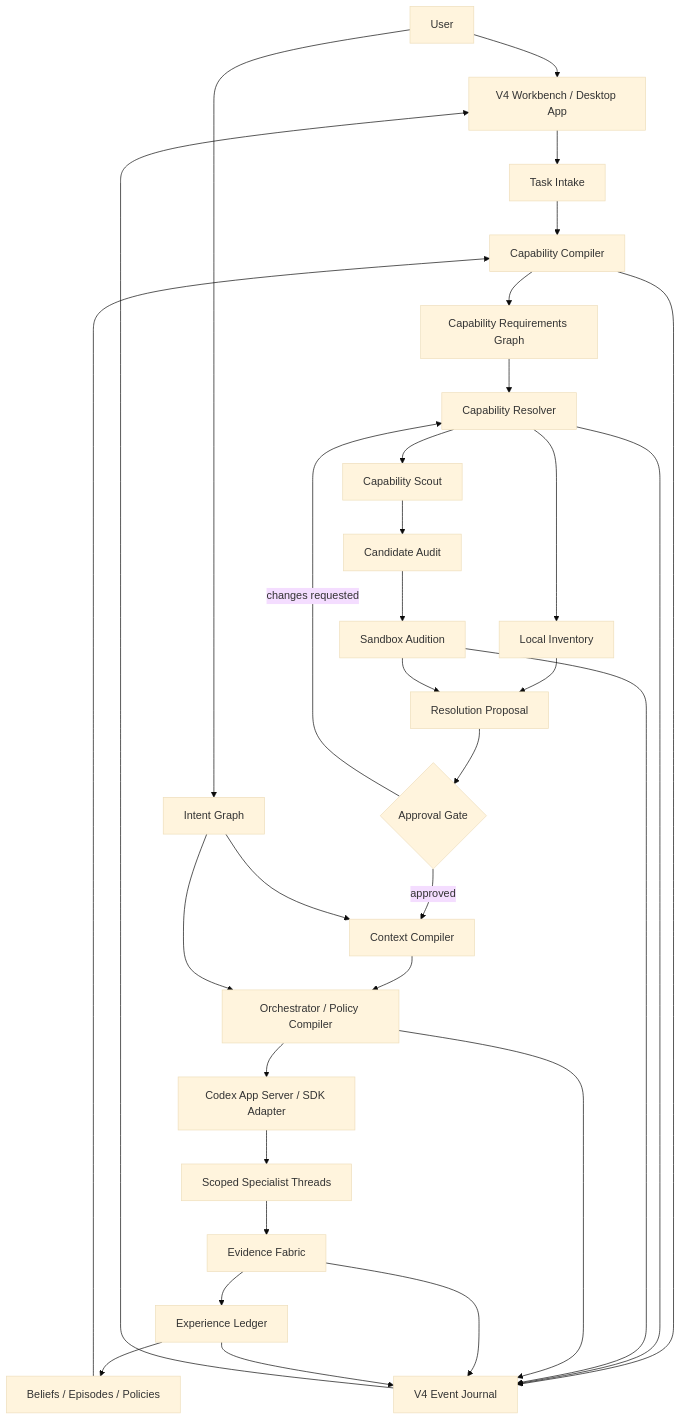
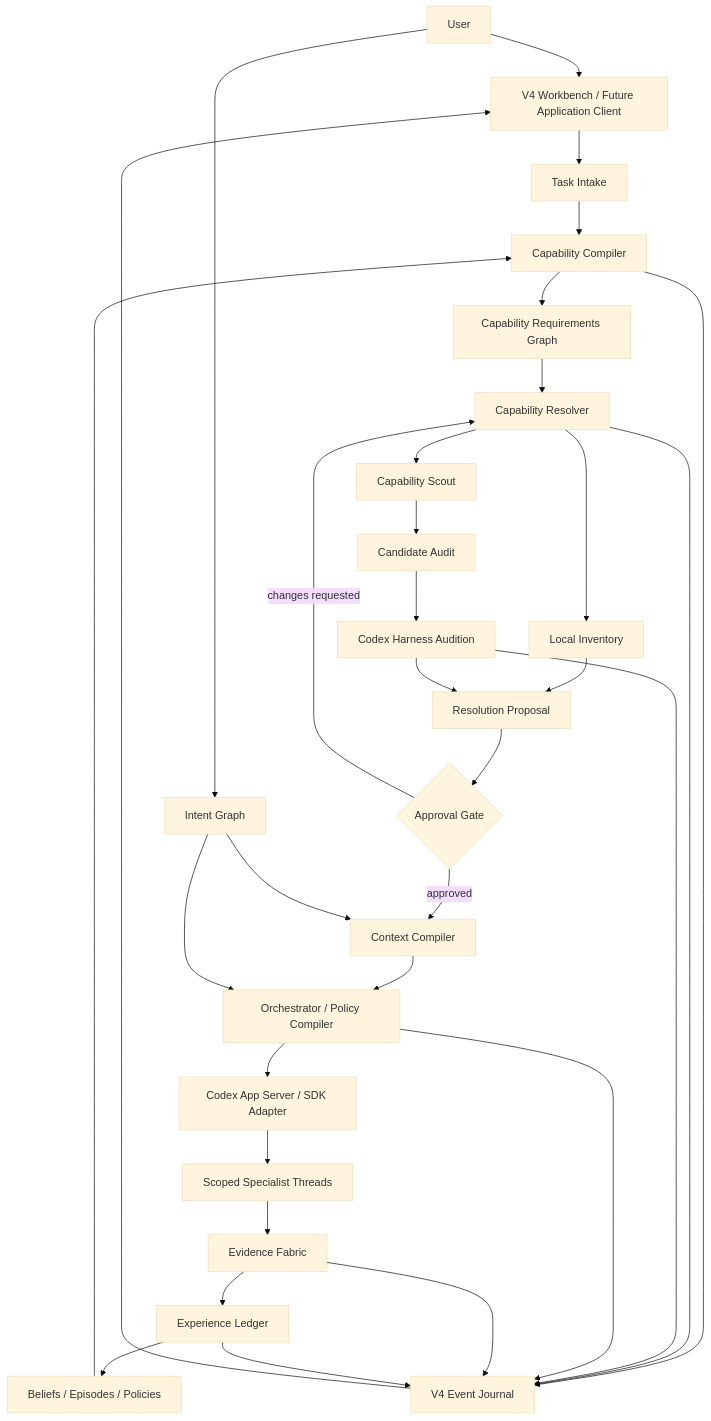
The first of 4 diagrams in docs/superpowers/specs/2026-07-15-orquesta-v4-design.md (ugin-man/orquesta), drawn with Mermaid (base theme) before and after one commit. The commit also changed other lines of this file and 1 other file, not shown here.

````diff
--- a/docs/superpowers/specs/2026-07-15-orquesta-v4-design.md
+++ b/docs/superpowers/specs/2026-07-15-orquesta-v4-design.md
@@ -149,34 +150,34 @@
 ```mermaid
 flowchart TD
-    U["User"] --> W["V4 Workbench / Desktop App"]
+    U["User"] --> W["V4 Workbench / Future Application Client"]
     W --> I["Task Intake"]
     I --> CC["Capability Compiler"]
     CC --> CG["Capability Requirements Graph"]
     CG --> CR["Capability Resolver"]
     CR --> LI["Local Inventory"]
     CR --> S["Capability Scout"]
     S --> A["Candidate Audit"]
-    A --> AU["Sandbox Audition"]
+    A --> AU["Codex Harness Audition"]
     LI --> RP["Resolution Proposal"]
     AU --> RP
     RP --> G{"Approval Gate"}
     G -->|approved| CX["Context Compiler"]
     G -->|changes requested| CR
     CX --> O["Orchestrator / Policy Compiler"]
     O --> CA["Codex App Server / SDK Adapter"]
     CA --> SP["Scoped Specialist Threads"]
     SP --> EF["Evidence Fabric"]
     EF --> EL["Experience Ledger"]
     EL --> B["Beliefs / Episodes / Policies"]
     B --> CC
     U --> IG["Intent Graph"]
     IG --> CX
     IG --> O
     E["V4 Event Journal"] --> W
     CC --> E
     CR --> E
     AU --> E
     O --> E
     EF --> E
     EL --> E
 ```
````
